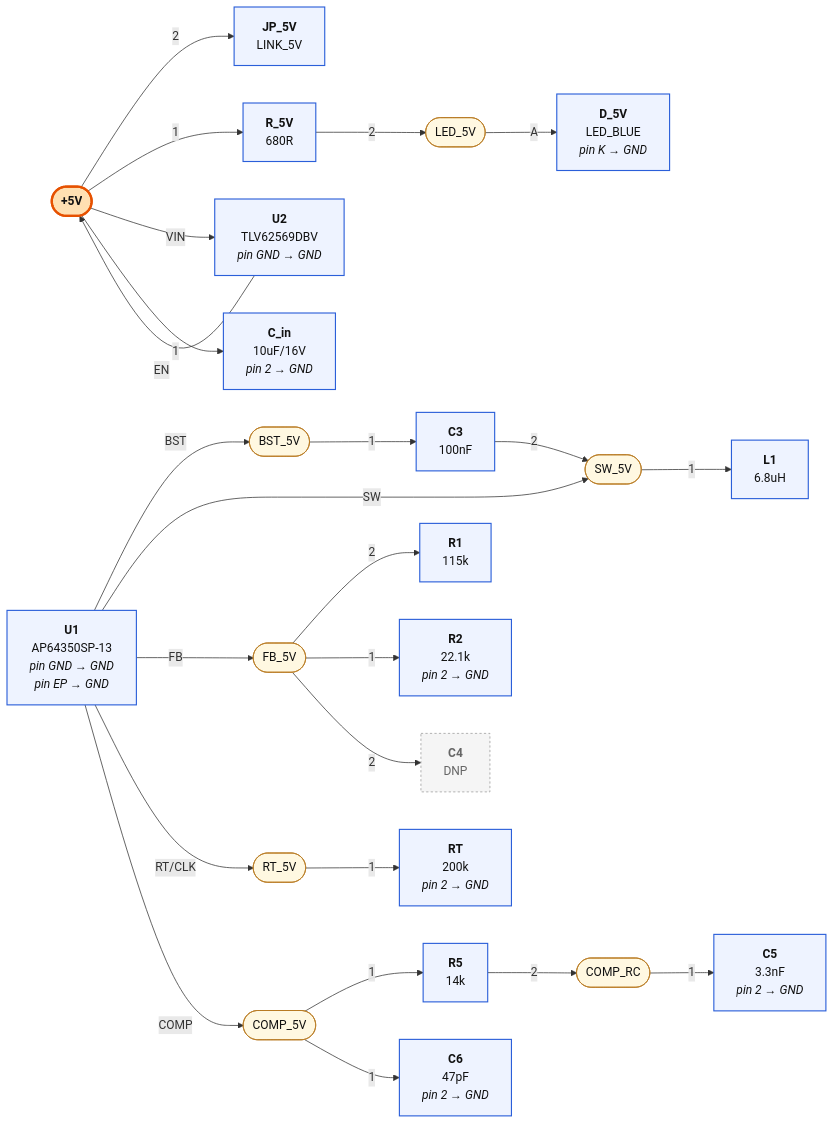
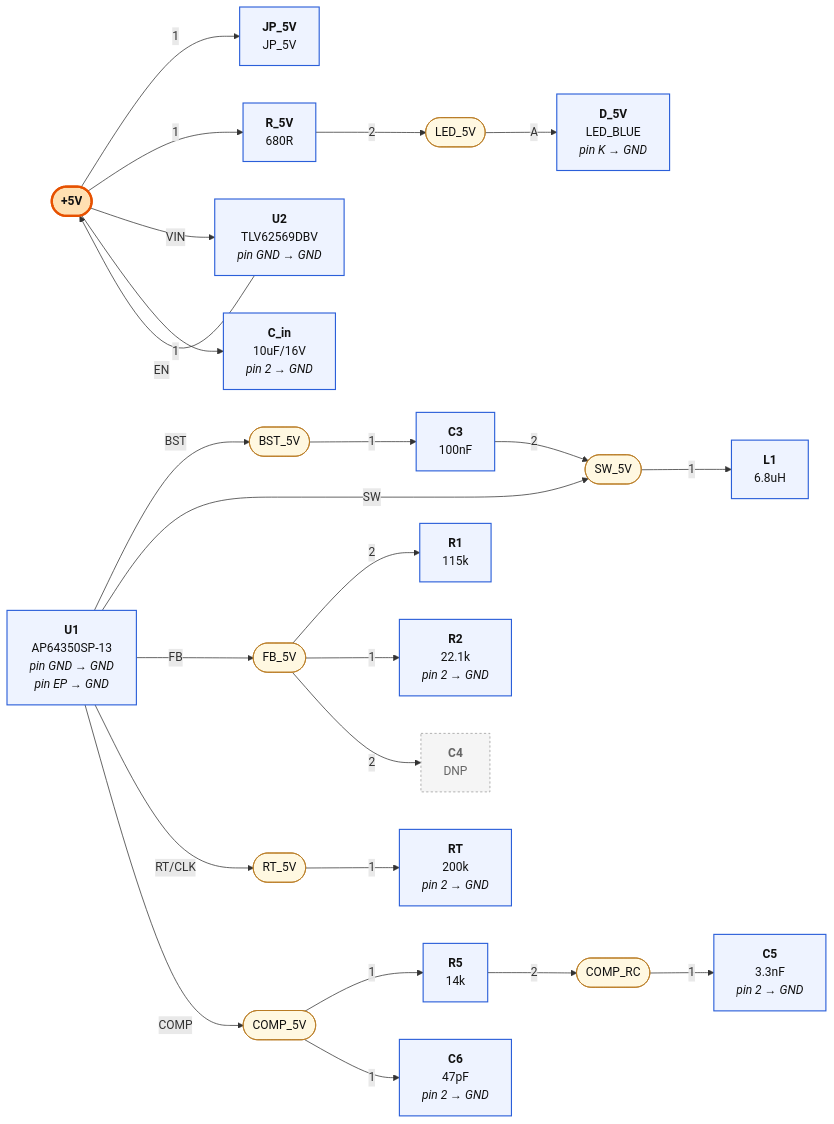
One commit to mrwillson2u/propmesh changed the third of 4 diagrams in hardware/pro/sheets/01-power.diagram.md. Above: the diagram before and after it, drawn with Mermaid. The commit also changed other lines of this file and 11 other files, not shown here.

````diff
--- a/hardware/pro/sheets/01-power.diagram.md
+++ b/hardware/pro/sheets/01-power.diagram.md
@@ -106,56 +106,56 @@
 ```mermaid
 graph LR
   classDef part fill:#eef3ff,stroke:#2b5fd9,stroke-width:1.5px,color:#111
   classDef net fill:#fff8e1,stroke:#b7791f,color:#111
   classDef rail fill:#ffe0b2,stroke:#e65100,stroke-width:3px,color:#111,font-weight:bold
   classDef badnet fill:#ffe0e0,stroke:#c00,stroke-width:3px,color:#111,font-weight:bold
   classDef absent fill:#fff,stroke:#c00,stroke-width:2px,stroke-dasharray:6 4,color:#c00
   classDef extra fill:#ffecec,stroke:#c00,stroke-width:2px,color:#111
   classDef dnp fill:#f5f5f5,stroke:#999,stroke-dasharray:3 3,color:#666
   N_BST_5V(["BST_5V"]):::net
   P_U1["<b>U1</b><br/>AP64350SP-13<br/><i>pin GND → GND</i><br/><i>pin EP → GND</i>"]:::part
   P_U1 --"BST"--> N_BST_5V
   P_C3["<b>C3</b><br/>100nF"]:::part
   N_BST_5V --"1"--> P_C3
   N_SW_5V(["SW_5V"]):::net
   P_U1 --"SW"--> N_SW_5V
   P_C3 --"2"--> N_SW_5V
   P_L1["<b>L1</b><br/>6.8uH"]:::part
   N_SW_5V --"1"--> P_L1
   N__5V(["+5V"]):::rail
-  P_JP_5V["<b>JP_5V</b><br/>LINK_5V"]:::part
-  N__5V --"2"--> P_JP_5V
+  P_JP_5V["<b>JP_5V</b><br/>JP_5V"]:::part
+  N__5V --"1"--> P_JP_5V
   P_R_5V["<b>R_5V</b><br/>680R"]:::part
   N__5V --"1"--> P_R_5V
   P_U2["<b>U2</b><br/>TLV62569DBV<br/><i>pin GND → GND</i>"]:::part
   N__5V --"VIN"--> P_U2
   P_U2 --"EN"--> N__5V
   P_C_in["<b>C_in</b><br/>10uF/16V<br/><i>pin 2 → GND</i>"]:::part
   N__5V --"1"--> P_C_in
   N_FB_5V(["FB_5V"]):::net
   P_R1["<b>R1</b><br/>115k"]:::part
   N_FB_5V --"2"--> P_R1
   P_R2["<b>R2</b><br/>22.1k<br/><i>pin 2 → GND</i>"]:::part
   N_FB_5V --"1"--> P_R2
   P_C4["<b>C4</b><br/>DNP"]:::dnp
   N_FB_5V --"2"--> P_C4
   P_U1 --"FB"--> N_FB_5V
   N_RT_5V(["RT_5V"]):::net
   P_U1 --"RT/CLK"--> N_RT_5V
   P_RT["<b>RT</b><br/>200k<br/><i>pin 2 → GND</i>"]:::part
   N_RT_5V --"1"--> P_RT
   N_COMP_5V(["COMP_5V"]):::net
   P_U1 --"COMP"--> N_COMP_5V
   P_R5["<b>R5</b><br/>14k"]:::part
   N_COMP_5V --"1"--> P_R5
   P_C6["<b>C6</b><br/>47pF<br/><i>pin 2 → GND</i>"]:::part
   N_COMP_5V --"1"--> P_C6
   N_COMP_RC(["COMP_RC"]):::net
   P_R5 --"2"--> N_COMP_RC
   P_C5["<b>C5</b><br/>3.3nF<br/><i>pin 2 → GND</i>"]:::part
   N_COMP_RC --"1"--> P_C5
   N_LED_5V(["LED_5V"]):::net
   P_R_5V --"2"--> N_LED_5V
   P_D_5V["<b>D_5V</b><br/>LED_BLUE<br/><i>pin K → GND</i>"]:::part
   N_LED_5V --"A"--> P_D_5V
 ```
````
